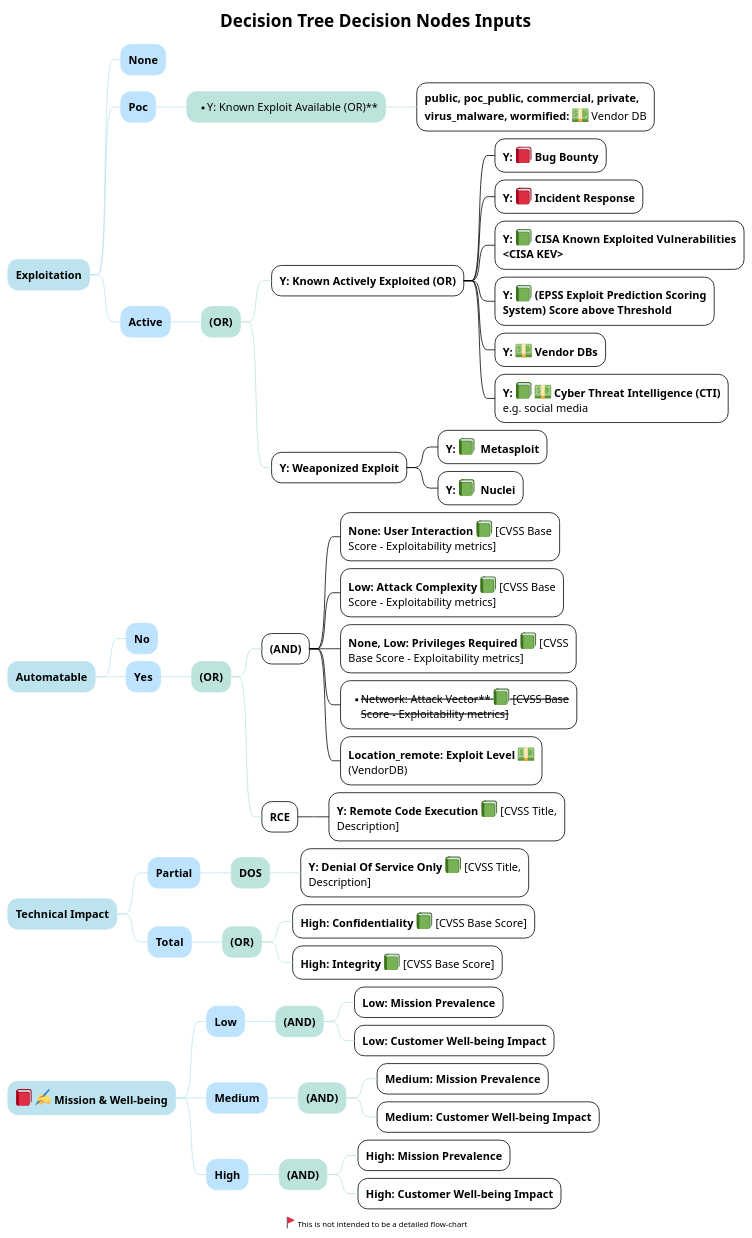
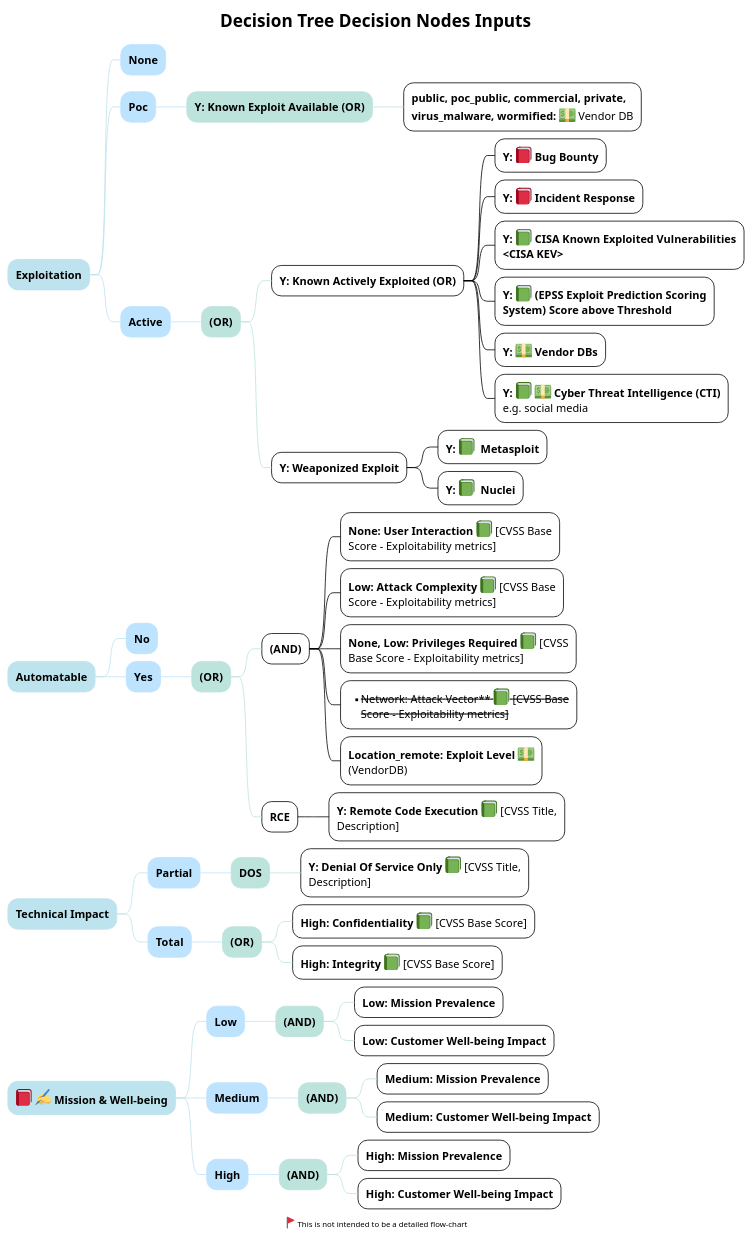
One commit to theparanoids/PrioritizedRiskRemediation changed the diagram in imagesAsCode/DT_decisions.puml. Above: the diagram before and after it, drawn with PlantUML.

Commit message:
fix bold of Known Exploit Available

```diff
--- a/imagesAsCode/DT_decisions.puml
+++ b/imagesAsCode/DT_decisions.puml
@@ -3,83 +3,83 @@
 @startmindmap
 !theme plain
 
 <style>
 
 mindmapDiagram {
    :depth(0) {
     BackGroundColor #BDE3ee
     LineColor #BDE3ee
   }
    :depth(1) {
     BackGroundColor #BDE3FF
     LineColor #BDE3FF
   }
    :depth(2) {
     BackGroundColor #BDE3dd
     LineColor #BDE3dd
   }
 }
 </style>
 
 Title Decision Tree Decision Nodes Inputs
 
 * **Exploitation**
 ** **None**
 ** **Poc**
-*** ** Y: Known Exploit Available (OR)**
+*** **Y: Known Exploit Available (OR)**
 **** **public, poc_public, commercial, private, virus_malware, wormified:** <:dollar:> Vendor DB
 ** **Active**
 *** **(OR)**
 **** **Y: Known Actively Exploited** **(OR)**
 ***** **Y:** <:closed_book:> **Bug Bounty**
 ***** **Y:** <:closed_book:> **Incident Response**
 ***** **Y:** <:green_book:> **CISA Known Exploited Vulnerabilities <CISA KEV>**
 ***** **Y:** <:green_book:> **(EPSS Exploit Prediction Scoring System) Score above Threshold**
 ***** **Y:** <:dollar:> **Vendor DBs**
 ***** **Y:** <:green_book:> <:dollar:> **Cyber Threat Intelligence (CTI)** e.g. social media
 **** **Y: Weaponized Exploit**
 ***** **Y:** <:green_book:>  **Metasploit**
 ***** **Y:** <:green_book:>  **Nuclei**
 
 
 * **Automatable** 
 ** **No**
 ** **Yes**
 *** **(OR)**
 
 **** **(AND)**
 ***** **None: User Interaction** <:green_book:> [CVSS Base Score - Exploitability metrics]
 ***** **Low: Attack Complexity** <:green_book:> [CVSS Base Score - Exploitability metrics]
 ***** **None, Low: Privileges Required **<:green_book:> [CVSS Base Score - Exploitability metrics]
 ***** ** <s>Network: Attack Vector** <:green_book:> [CVSS Base Score - Exploitability metrics]</s>
 ***** **Location_remote: Exploit Level** <:dollar:> (VendorDB) 
 **** **RCE**
 ***** **Y: Remote Code Execution** <:green_book:> [CVSS Title, Description]
 
 * **Technical Impact**
 ** **Partial**
 *** **DOS**
 **** **Y: Denial Of Service Only** <:green_book:> [CVSS Title, Description]
 ** **Total**
 *** **(OR)**
 **** **High: Confidentiality **<:green_book:> [CVSS Base Score]
 **** **High: Integrity **<:green_book:> [CVSS Base Score]
 
 
 * **<:closed_book:> <:writing_hand:> Mission & Well-being **
 ** **Low**
 *** **(AND)** 
 **** **Low: Mission Prevalence** 
 **** **Low: Customer Well-being Impact** 
 ** **Medium** 
 *** **(AND)** 
 **** **Medium: Mission Prevalence** 
 **** **Medium: Customer Well-being Impact**
 ** **High** 
 *** **(AND)** 
 **** **High: Mission Prevalence** 
 **** **High: Customer Well-being Impact** 
 
 center footer <:triangular_flag_on_post:> This is not intended to be a detailed flow-chart
 
 @endmindmap
```
